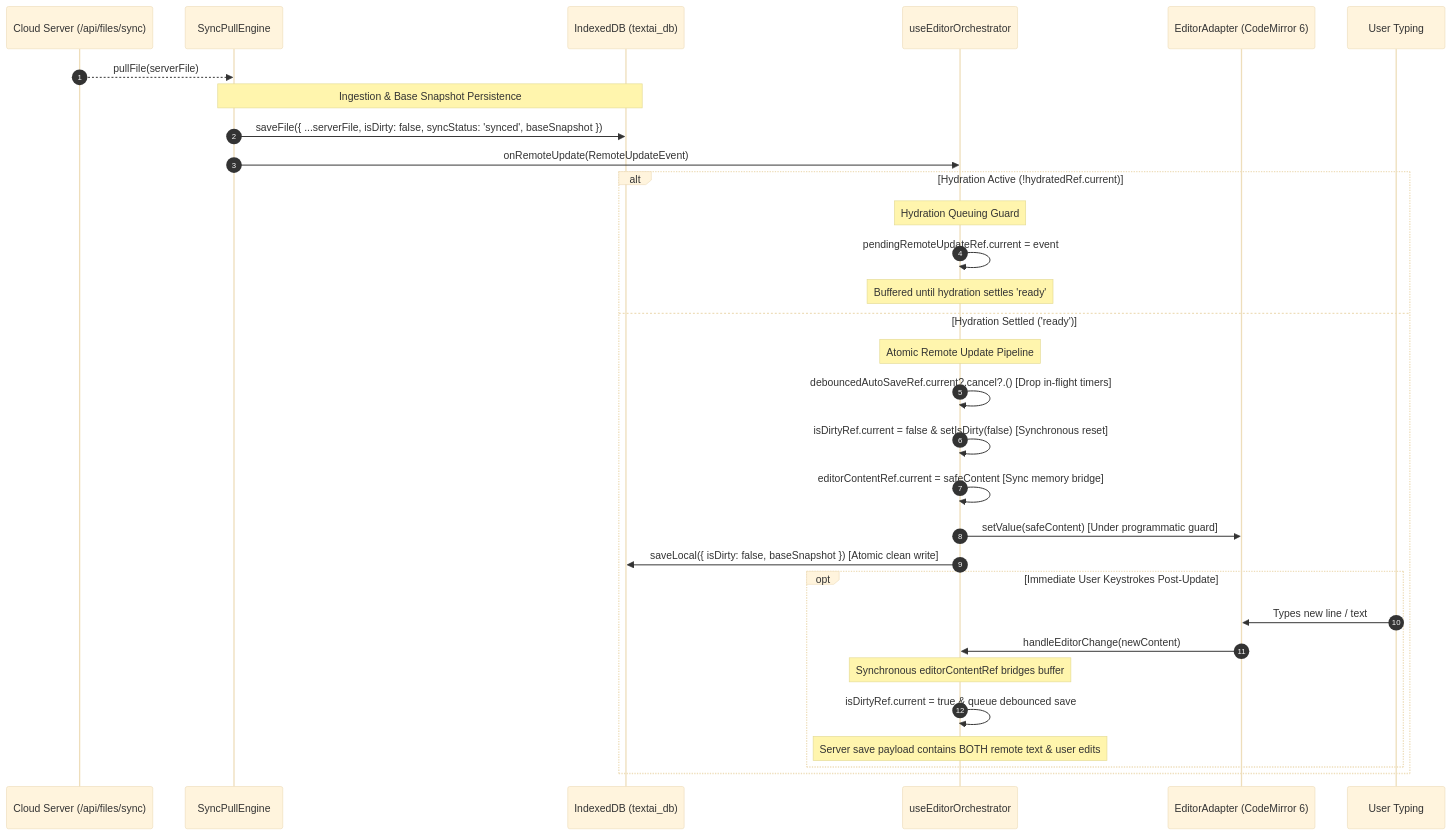
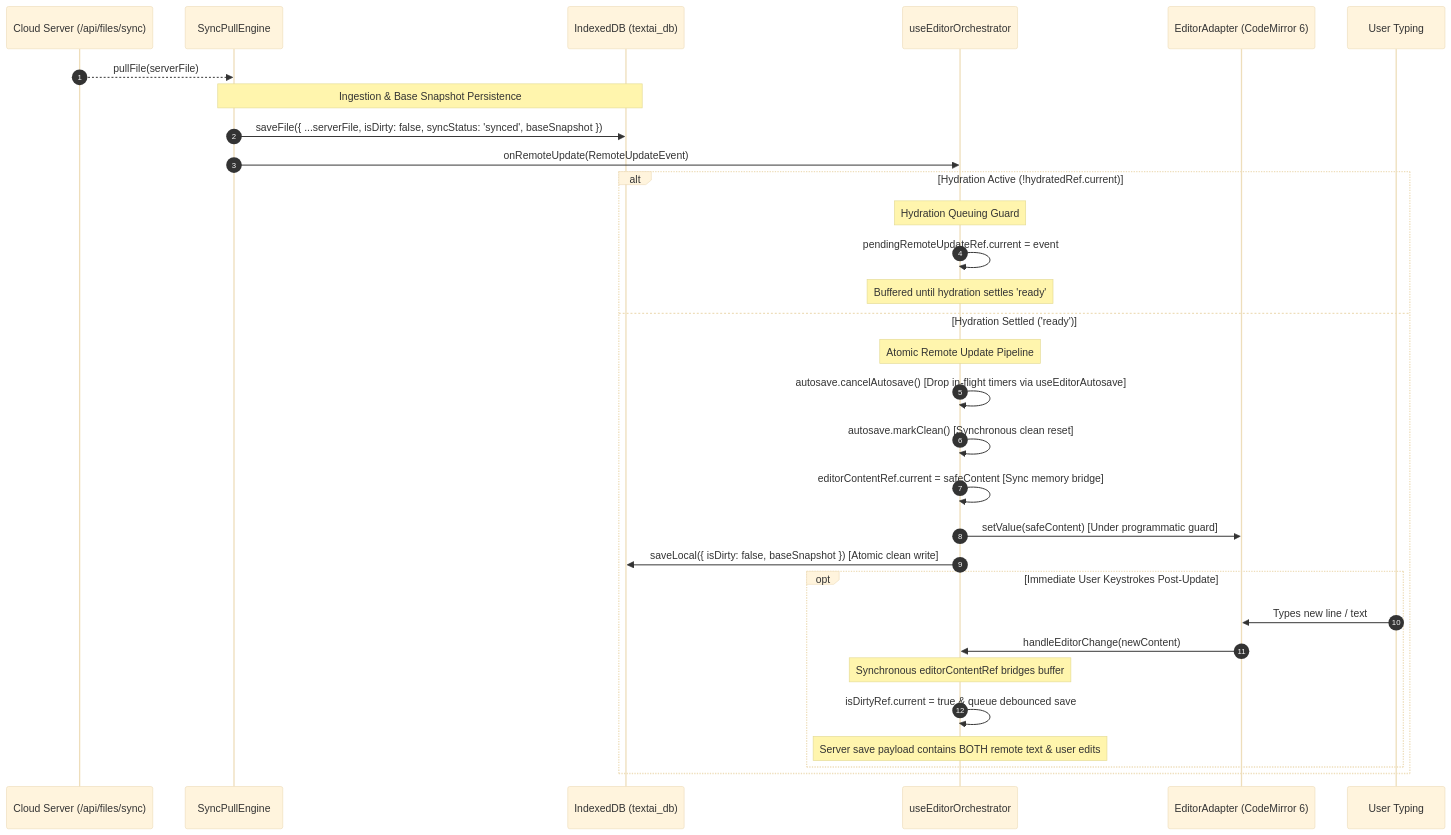
Before and after one commit to Abdullah931-stack/LUGX: the fourth of 4 diagrams in docs/architecture/sync/editor-sync-orchestration.md, drawn with Mermaid (base theme). The commit also changed other lines of this file and 14 other files, not shown here.

````diff
--- a/docs/architecture/sync/editor-sync-orchestration.md
+++ b/docs/architecture/sync/editor-sync-orchestration.md
@@ -305,36 +355,36 @@
 ```mermaid
 sequenceDiagram
     autonumber
     participant Server as Cloud Server (/api/files/sync)
     participant Pull as SyncPullEngine
     participant IDB as IndexedDB (textai_db)
     participant Orch as useEditorOrchestrator
     participant Adapter as EditorAdapter (CodeMirror 6)
     participant User as User Typing
 
     Server-->>Pull: pullFile(serverFile)
     Note over Pull,IDB: Ingestion & Base Snapshot Persistence
     Pull->>IDB: saveFile({ ...serverFile, isDirty: false, syncStatus: 'synced', baseSnapshot })
     Pull->>Orch: onRemoteUpdate(RemoteUpdateEvent)
 
     alt Hydration Active (!hydratedRef.current)
         Note over Orch: Hydration Queuing Guard
         Orch->>Orch: pendingRemoteUpdateRef.current = event
         Note over Orch: Buffered until hydration settles 'ready'
     else Hydration Settled ('ready')
         Note over Orch: Atomic Remote Update Pipeline
-        Orch->>Orch: debouncedAutoSaveRef.current?.cancel?.() [Drop in-flight timers]
-        Orch->>Orch: isDirtyRef.current = false & setIsDirty(false) [Synchronous reset]
+        Orch->>Orch: autosave.cancelAutosave() [Drop in-flight timers via useEditorAutosave]
+        Orch->>Orch: autosave.markClean() [Synchronous clean reset]
         Orch->>Orch: editorContentRef.current = safeContent [Sync memory bridge]
         Orch->>Adapter: setValue(safeContent) [Under programmatic guard]
         Orch->>IDB: saveLocal({ isDirty: false, baseSnapshot }) [Atomic clean write]
 
         opt Immediate User Keystrokes Post-Update
             User->>Adapter: Types new line / text
             Adapter->>Orch: handleEditorChange(newContent)
             Note over Orch: Synchronous editorContentRef bridges buffer
             Orch->>Orch: isDirtyRef.current = true & queue debounced save
             Note over Orch: Server save payload contains BOTH remote text & user edits
         end
     end
 ```
````
